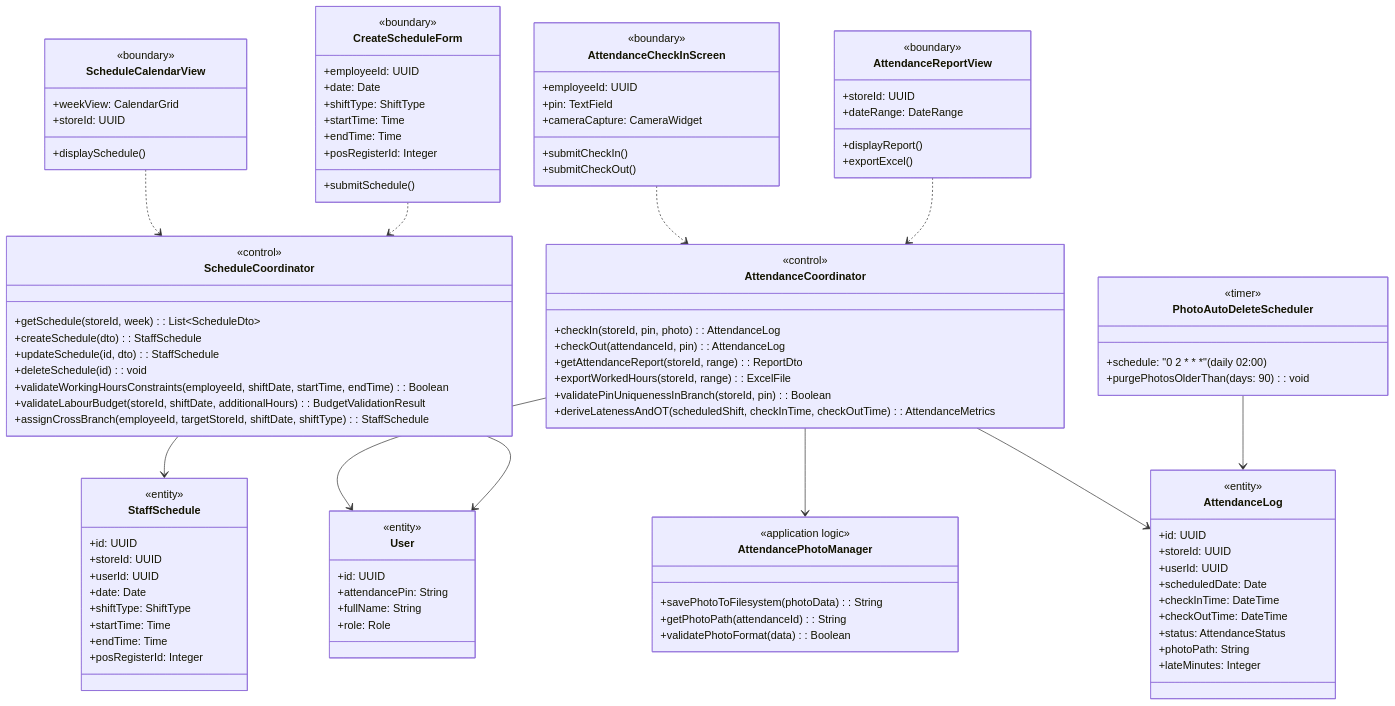
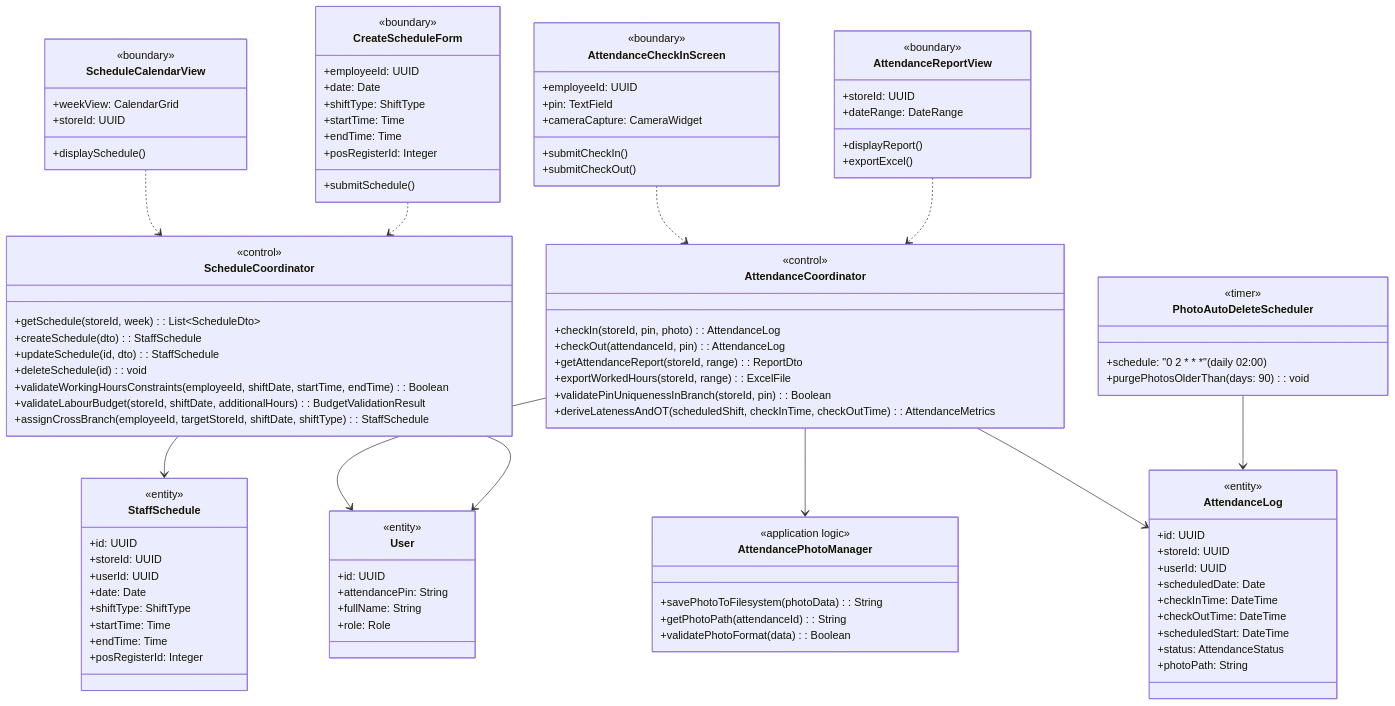
The first of 5 diagrams in rds_sections/12_detailed_3_9_staff_management.md (Shaichi/Khoga_coffe_shop), drawn with Mermaid before and after one commit. The commit also changed other lines of this file and 3 other files, not shown here.

Commit message:
docs: remove lateness_minutes, add scheduled_start and shift_start/end times to database, and update ORDER statechart

```diff
--- a/rds_sections/12_detailed_3_9_staff_management.md
+++ b/rds_sections/12_detailed_3_9_staff_management.md
@@ -88,9 +88,9 @@
         +scheduledDate: Date
         +checkInTime: DateTime
         +checkOutTime: DateTime
+        +scheduledStart: DateTime
         +status: AttendanceStatus
         +photoPath: String
-        +lateMinutes: Integer
     }
     class User {
         <<entity>>
```
